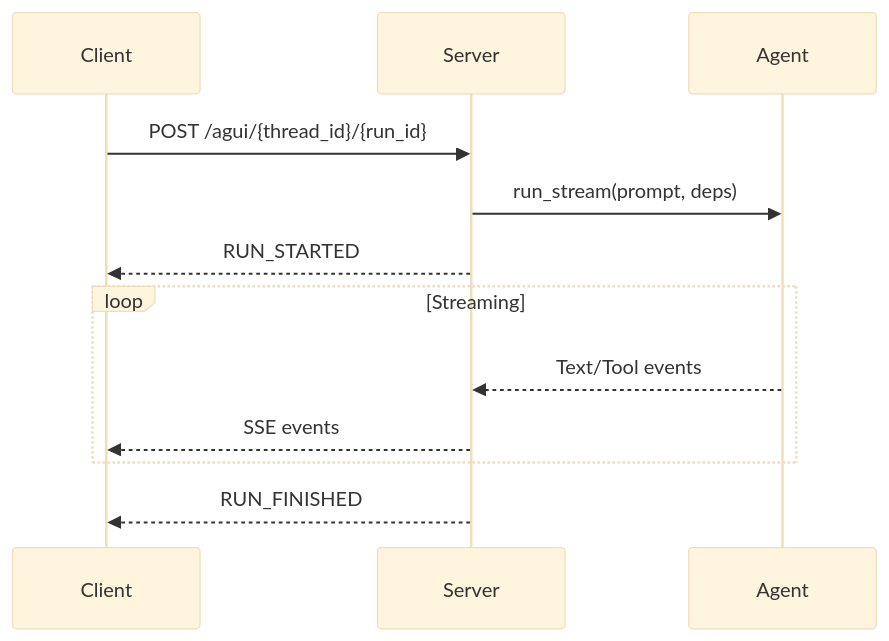
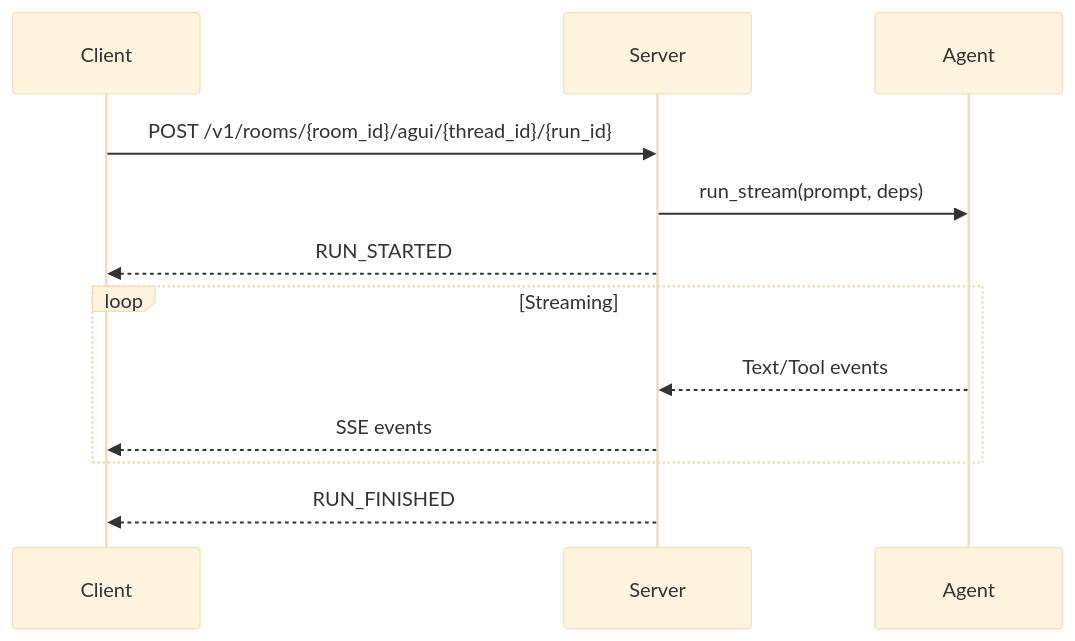
Before and after one commit to soliplex/soliplex: the diagram in docsV2/developer-guide/api/agui-protocol.md, drawn with Mermaid (base theme). The commit also changed other lines of this file, not shown here.

````diff
--- a/docsV2/developer-guide/api/agui-protocol.md
+++ b/docsV2/developer-guide/api/agui-protocol.md
@@ -15,15 +15,15 @@
 ```mermaid
 sequenceDiagram
     participant C as Client
     participant S as Server
     participant A as Agent
 
-    C->>S: POST /agui/{thread_id}/{run_id}
+    C->>S: POST /v1/rooms/{room_id}/agui/{thread_id}/{run_id}
     S->>A: run_stream(prompt, deps)
     S-->>C: RUN_STARTED
     loop Streaming
         A-->>S: Text/Tool events
         S-->>C: SSE events
     end
     S-->>C: RUN_FINISHED
 ```
````
